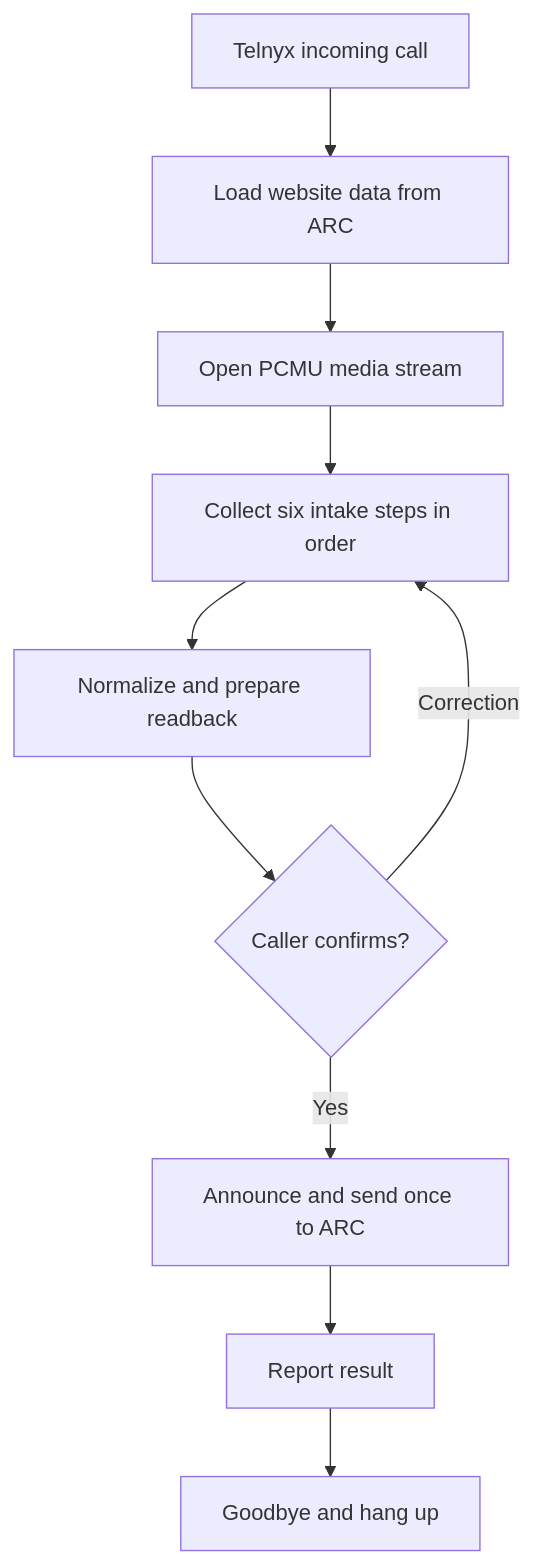
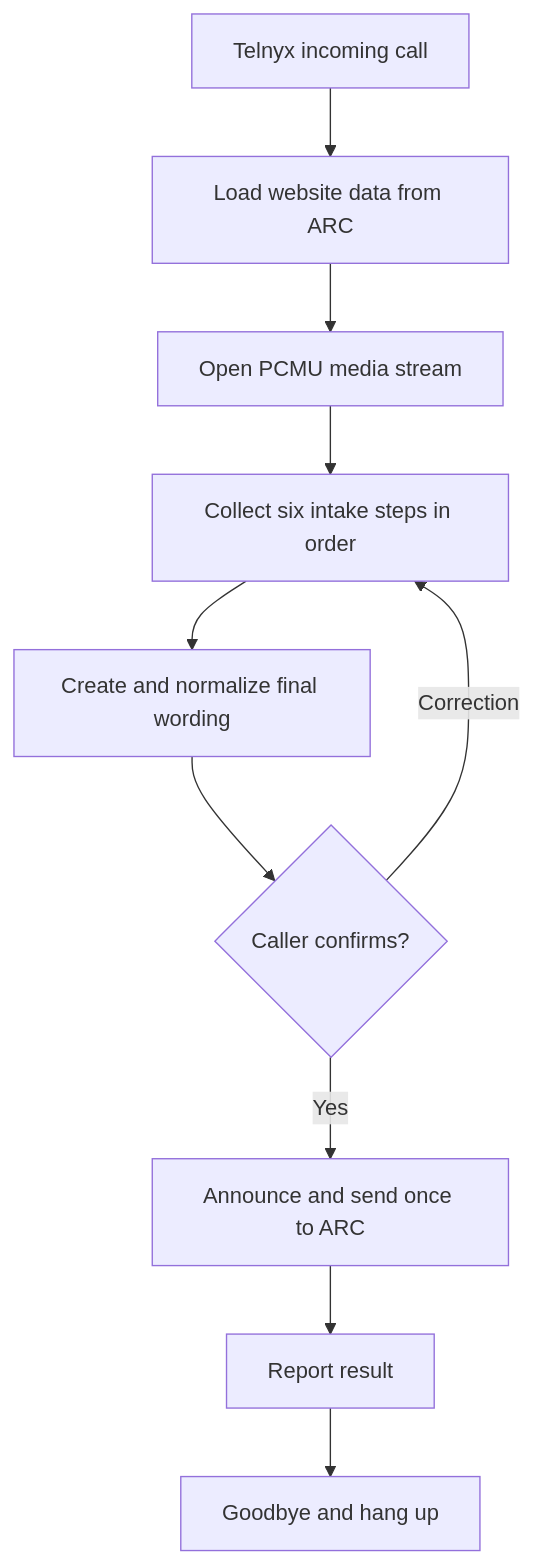
Before and after one commit to christensenandrew455-cell/tabor-painting-receptionist: the diagram in README.md, drawn with Mermaid. The commit also changed other lines of this file and 6 other files, not shown here.

````diff
--- a/README.md
+++ b/README.md
@@ -63,12 +65,12 @@
 ```mermaid
 flowchart TD
     A[Telnyx incoming call] --> B[Load website data from ARC]
     B --> C[Open PCMU media stream]
     C --> D[Collect six intake steps in order]
-    D --> E[Normalize and prepare readback]
+    D --> E[Create and normalize final wording]
     E --> F{Caller confirms?}
     F -- Correction --> D
     F -- Yes --> G[Announce and send once to ARC]
     G --> H[Report result]
     H --> I[Goodbye and hang up]
 ```
````
